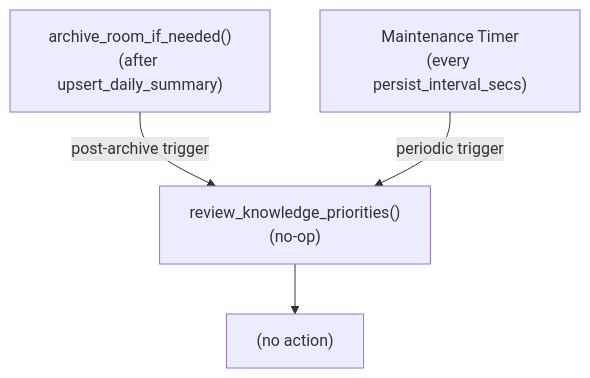
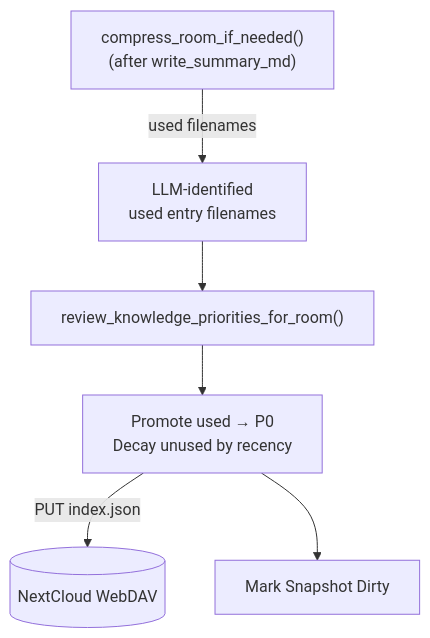
The ninth of 12 diagrams in _dfds/agent-harness.md (cosmoswafer/rockbot), drawn with Mermaid before and after one commit. The commit also changed other lines of this file and 5 other files, not shown here.

First line of the commit message:
Revise DFDs: replace daily summaries with single summary.md compression

````diff
--- a/_dfds/agent-harness.md
+++ b/_dfds/agent-harness.md
@@ -341,11 +340,15 @@
 ```mermaid
 flowchart TD
-    ARCHIVE["archive_room_if_needed()<br/>(after upsert_daily_summary)"]
-    TIMER["Maintenance Timer<br/>(every persist_interval_secs)"]
-    REVIEW["review_knowledge_priorities()<br/>(no-op)"]
-    SKIP["(no action)"]
+    COMPRESS["compress_room_if_needed()<br/>(after write_summary_md)"]
+    LLM_USED["LLM-identified<br/>used entry filenames"]
+    REVIEW["review_knowledge_priorities_for_room()"]
+    PROMOTE["Promote used → P0<br/>Decay unused by recency"]
+    DAV[(NextCloud WebDAV)]
+    MARK["Mark Snapshot Dirty"]
 
-    ARCHIVE -->|"post-archive trigger"| REVIEW
-    TIMER -->|"periodic trigger"| REVIEW
-    REVIEW --> SKIP
+    COMPRESS -->|"used filenames"| LLM_USED
+    LLM_USED --> REVIEW
+    REVIEW --> PROMOTE
+    PROMOTE -->|"PUT index.json"| DAV
+    PROMOTE --> MARK
 ```
````
